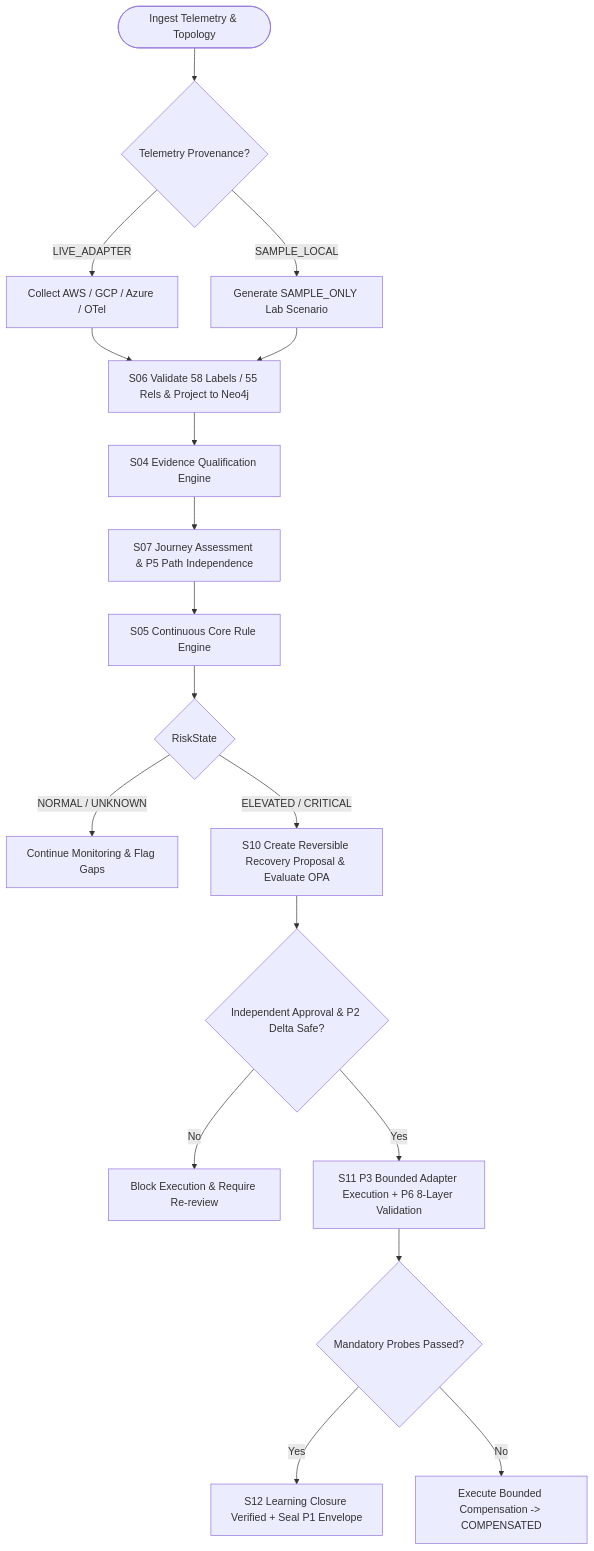
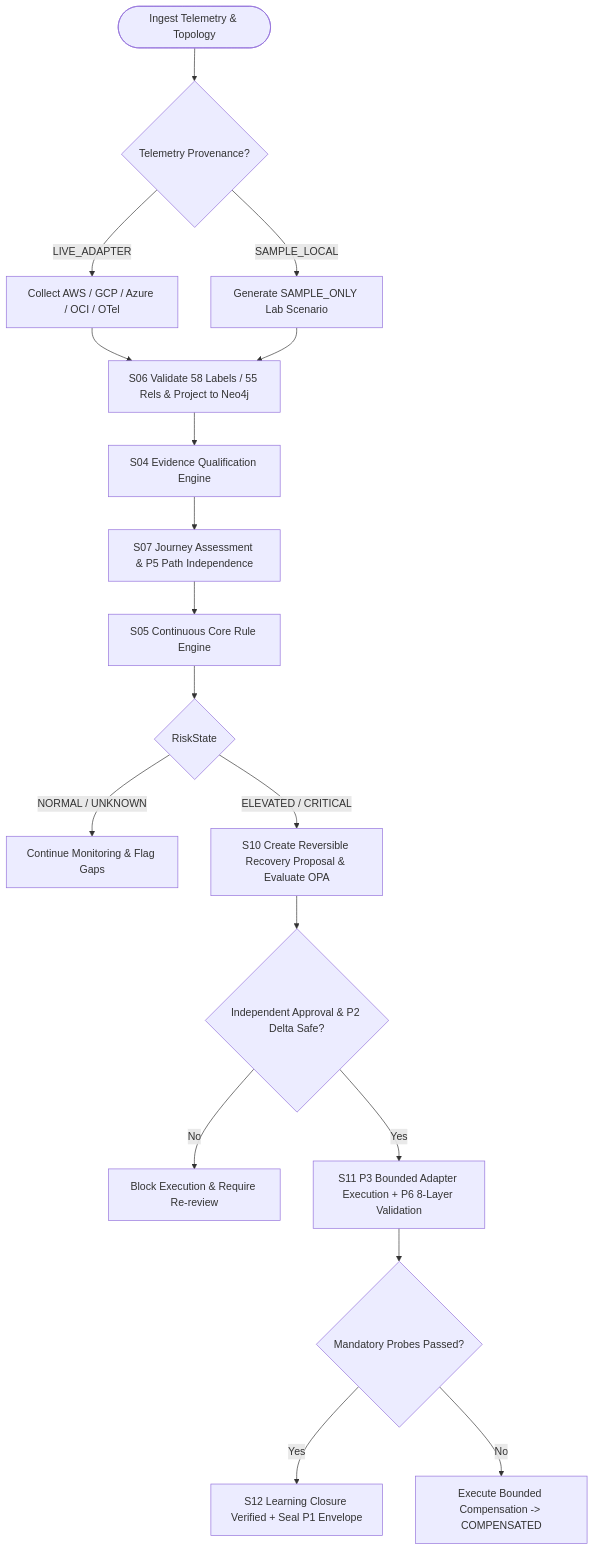
The first of 13 diagrams in docs/diagrams/ACTIVITY_DIAGRAMS.md (fenoch4real/uacrf-unified-adaptive-cloud-resilience-framework), drawn with Mermaid before and after one commit. The commit also changed other lines of this file and 11 other files, not shown here.

Commit message:
docs(multicloud): include OCI alongside GCP, AWS, and Azure across architecture, infra, diagrams, and discovery seed

````diff
--- a/docs/diagrams/ACTIVITY_DIAGRAMS.md
+++ b/docs/diagrams/ACTIVITY_DIAGRAMS.md
@@ -9,20 +9,20 @@
 ```mermaid
 flowchart TD
     Start([Ingest Telemetry & Topology]) --> Mode{"Telemetry Provenance?"}
-    Mode -- "LIVE_ADAPTER" --> CollectLive["Collect AWS / GCP / Azure / OTel"]
+    Mode -- "LIVE_ADAPTER" --> CollectLive["Collect AWS / GCP / Azure / OCI / OTel"]
     Mode -- "SAMPLE_LOCAL" --> CollectSample["Generate SAMPLE_ONLY Lab Scenario"]
     CollectLive --> Project["S06 Validate 58 Labels / 55 Rels & Project to Neo4j"]
     CollectSample --> Project
     Project --> Qualify["S04 Evidence Qualification Engine"]
     Qualify --> Assess["S07 Journey Assessment & P5 Path Independence"]
     Assess --> Control["S05 Continuous Core Rule Engine"]
     Control --> Risk{"RiskState"}
     Risk -- "NORMAL / UNKNOWN" --> Monitor["Continue Monitoring & Flag Gaps"]
     Risk -- "ELEVATED / CRITICAL" --> Proposal["S10 Create Reversible Recovery Proposal & Evaluate OPA"]
     Proposal --> Approval{"Independent Approval & P2 Delta Safe?"}
     Approval -- "No" --> Hold["Block Execution & Require Re-review"]
     Approval -- "Yes" --> Exec["S11 P3 Bounded Adapter Execution + P6 8-Layer Validation"]
     Exec --> Valid{"Mandatory Probes Passed?"}
     Valid -- "Yes" --> Learn["S12 Learning Closure Verified + Seal P1 Envelope"]
     Valid -- "No" --> Comp["Execute Bounded Compensation -> COMPENSATED"]
 ```
````
